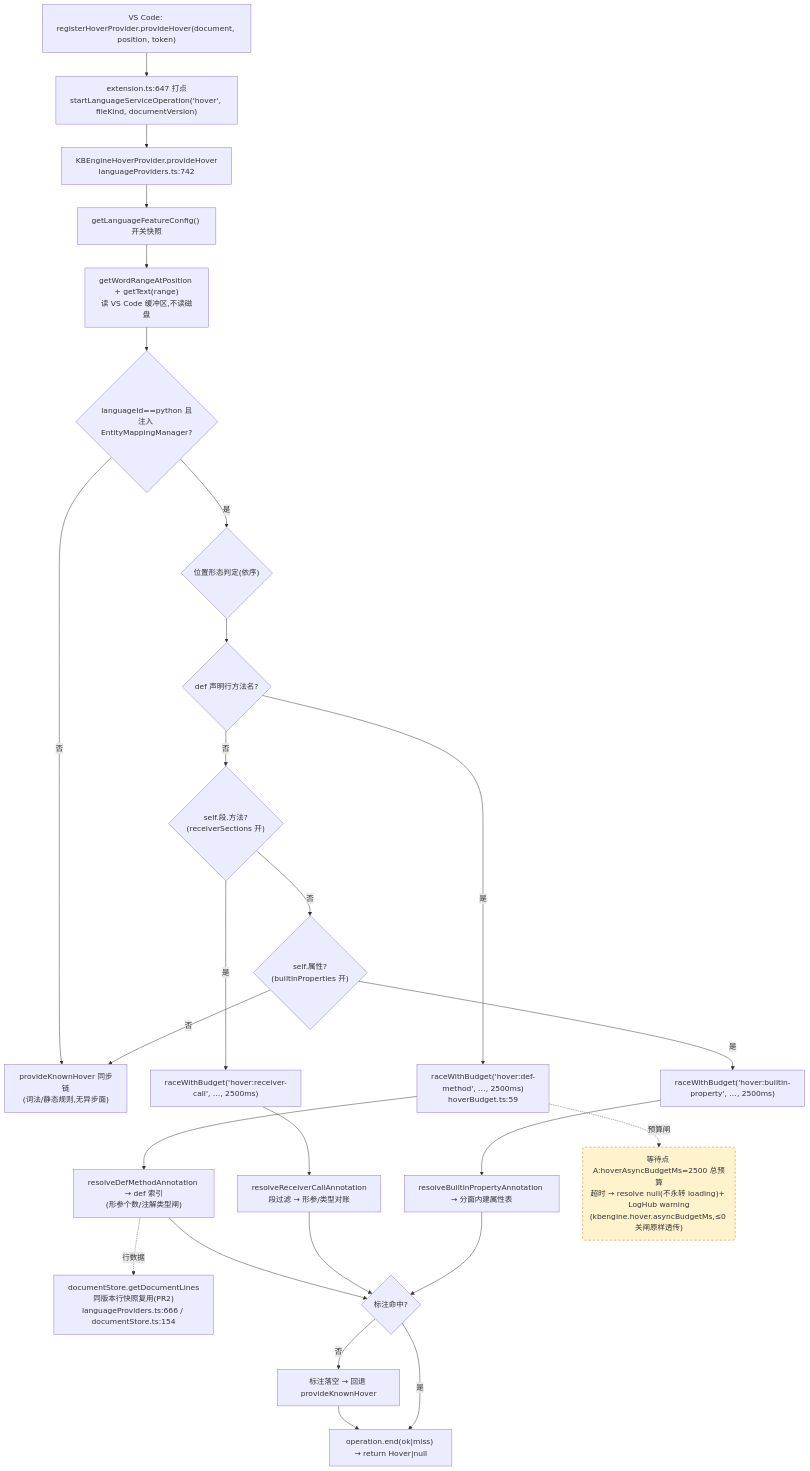
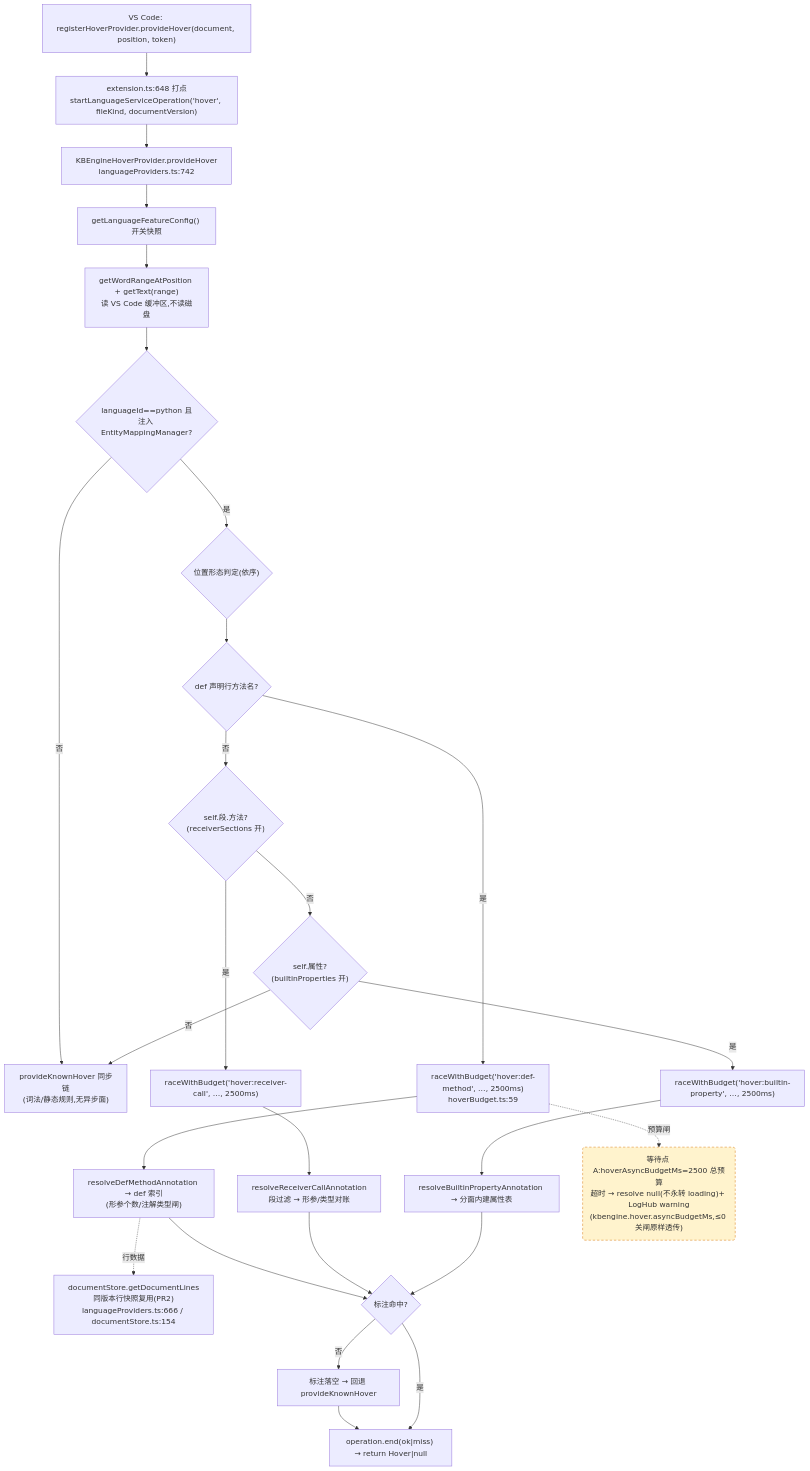
Before and after one commit to cuihairu/kode: the first of 4 diagrams in docs/perf/2026-baseline.md, drawn with Mermaid. The commit also changed other lines of this file and 12 other files, not shown here.

````diff
--- a/docs/perf/2026-baseline.md
+++ b/docs/perf/2026-baseline.md
@@ -82,45 +82,45 @@
 ```mermaid
 flowchart TD
   VC1["VS Code: registerHoverProvider.provideHover(document, position, token)"]
-  M1["extension.ts:647 打点<br/>startLanguageServiceOperation('hover', fileKind, documentVersion)"]
+  M1["extension.ts:648 打点<br/>startLanguageServiceOperation('hover', fileKind, documentVersion)"]
   HP["KBEngineHoverProvider.provideHover<br/>languageProviders.ts:742"]
   CFG["getLanguageFeatureConfig() 开关快照"]
   WORD["getWordRangeAtPosition + getText(range)<br/>读 VS Code 缓冲区,不读磁盘"]
   BR{"languageId==python 且<br/>注入 EntityMappingManager?"}
   KN["provideKnownHover 同步链<br/>(词法/静态规则,无异步面)"]
   POS{"位置形态判定(依序)"}
   D1{"def 声明行方法名?"}
   D2{"self.段.方法?<br/>(receiverSections 开)"}
   D3{"self.属性?<br/>(builtinProperties 开)"}
   RA1["raceWithBudget('hover:def-method', …, 2500ms)<br/>hoverBudget.ts:59"]
   RA2["raceWithBudget('hover:receiver-call', …, 2500ms)"]
   RA3["raceWithBudget('hover:builtin-property', …, 2500ms)"]
   RS1["resolveDefMethodAnnotation → def 索引<br/>(形参个数/注解类型闸)"]
   RS2["resolveReceiverCallAnnotation<br/>段过滤 → 形参/类型对账"]
   RS3["resolveBuiltinPropertyAnnotation → 分面内建属性表"]
   LINES["documentStore.getDocumentLines<br/>同版本行快照复用(PR2)<br/>languageProviders.ts:666 / documentStore.ts:154"]
   MISS["标注落空 → 回退 provideKnownHover"]
   END1["operation.end(ok|miss) → return Hover|null"]
 
   VC1 --> M1 --> HP --> CFG --> WORD --> BR
   BR -- "否" --> KN
   BR -- "是" --> POS --> D1
   D1 -- "是" --> RA1 --> RS1
   D1 -- "否" --> D2
   D2 -- "是" --> RA2 --> RS2
   D2 -- "否" --> D3
   D3 -- "是" --> RA3 --> RS3
   D3 -- "否" --> KN
   RS1 --> HIT{"标注命中?"}
   RS2 --> HIT
   RS3 --> HIT
   RS1 -.->|行数据| LINES
   HIT -- "否" --> MISS --> END1
   HIT -- "是" --> END1
 
   WAITA("等待点 A:hoverAsyncBudgetMs=2500 总预算<br/>超时 → resolve null(不永转 loading)+ LogHub warning<br/>(kbengine.hover.asyncBudgetMs,≤0 关闸原样透传)")
   RA1 -.->|预算闸| WAITA
 
   classDef waitPoint fill:#fff3cd,stroke:#d97706,stroke-dasharray:5 4;
   class WAITA waitPoint;
 ```
````
